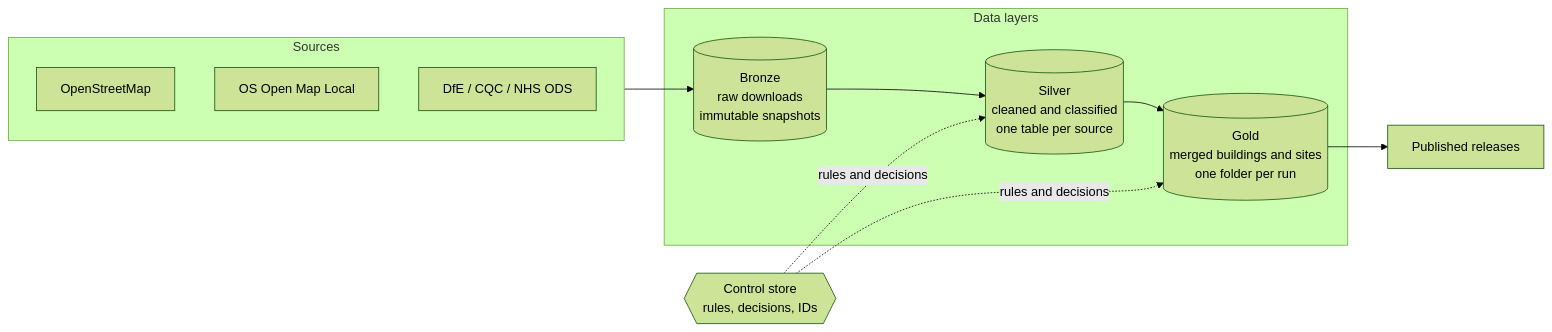
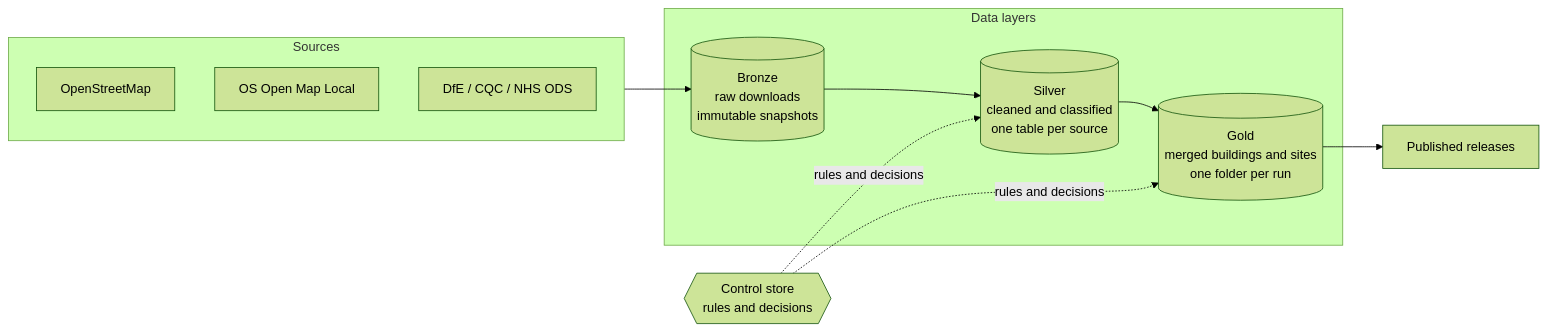
One commit to steadytack/CriticalBuildings changed the diagram in README.md. Above: the diagram before and after it, drawn with Mermaid (forest theme). The commit also changed other lines of this file and 12 other files, not shown here.

First line of the commit message:
Move run history and ID registries out of the governed rules store

````diff
--- a/README.md
+++ b/README.md
@@ -27,18 +27,18 @@
 ```mermaid
 flowchart LR
     subgraph sources[Sources]
         osm[OpenStreetMap]
         os[OS Open Map Local]
         reg[DfE / CQC / NHS ODS]
     end
     subgraph medallion[Data layers]
         bronze[(Bronze<br/>raw downloads<br/>immutable snapshots)]
         silver[(Silver<br/>cleaned and classified<br/>one table per source)]
         gold[(Gold<br/>merged buildings and sites<br/>one folder per run)]
     end
     pub[Published releases]
-    ctl{{Control store<br/>rules, decisions, IDs}}
+    ctl{{Control store<br/>rules and decisions}}
     sources --> bronze --> silver --> gold --> pub
     ctl -. rules and decisions .-> silver
     ctl -. rules and decisions .-> gold
 ```
````
